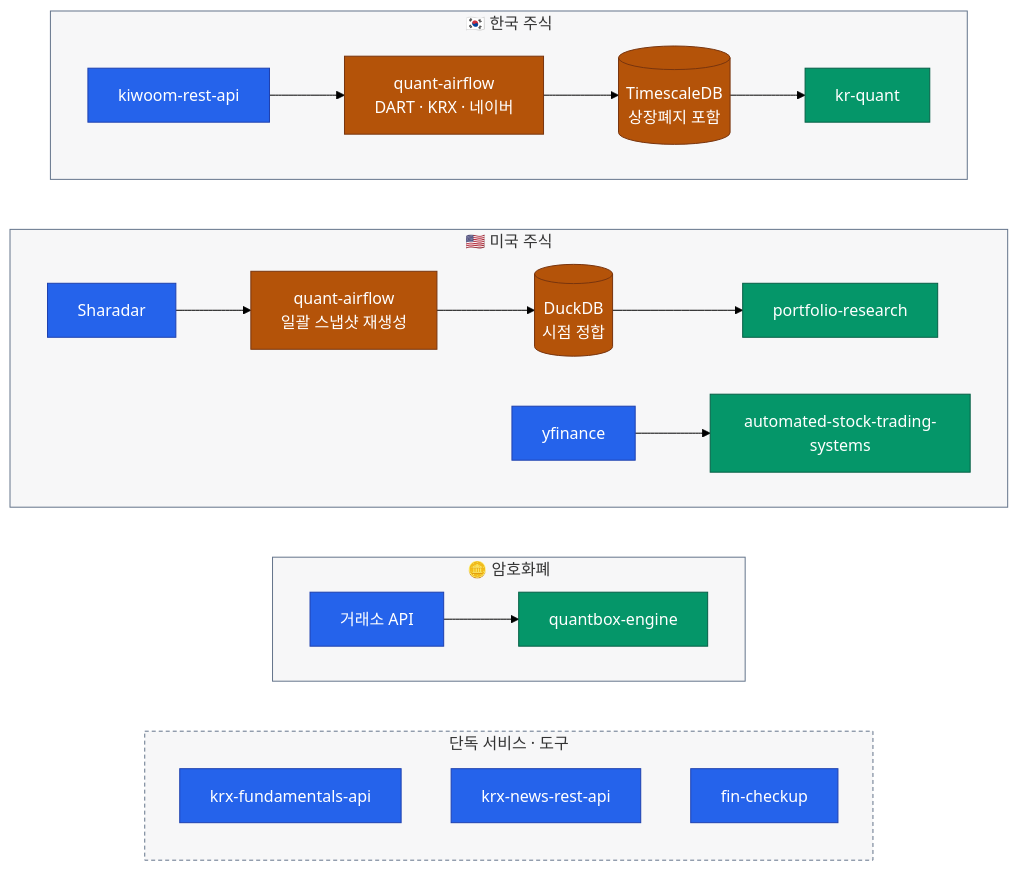
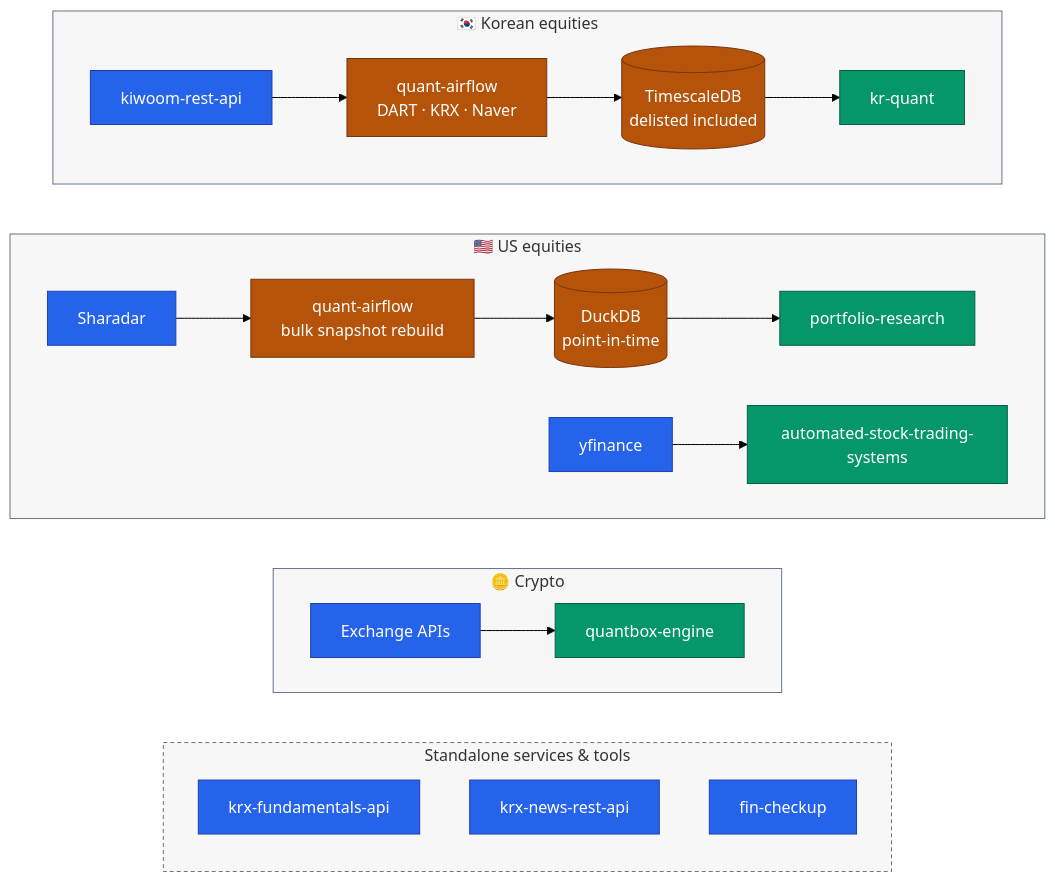
The diagram in README.md (younghwan91/younghwan91), drawn with Mermaid (forest theme) before and after one commit. The commit also changed other lines of this file and 2 other files, not shown here.

````diff
--- a/README.md
+++ b/README.md
@@ -30,41 +21,41 @@
 ```mermaid
 flowchart TB
-    subgraph KR ["🇰🇷 한국 주식"]
+    subgraph KR ["🇰🇷 Korean equities"]
         direction LR
-        K["kiwoom-rest-api"] --> AF["quant-airflow<br/>DART · KRX · 네이버"] --> DB[("TimescaleDB<br/>상장폐지 포함")] --> Q["kr-quant"]
+        K["kiwoom-rest-api"] --> AF["quant-airflow<br/>DART · KRX · Naver"] --> DB[("TimescaleDB<br/>delisted included")] --> Q["kr-quant"]
     end
 
-    subgraph US ["🇺🇸 미국 주식"]
+    subgraph US ["🇺🇸 US equities"]
         direction LR
-        SH["Sharadar"] --> AFU["quant-airflow<br/>일괄 스냅샷 재생성"] --> DD[("DuckDB<br/>시점 정합")] --> O["portfolio-research"]
+        SH["Sharadar"] --> AFU["quant-airflow<br/>bulk snapshot rebuild"] --> DD[("DuckDB<br/>point-in-time")] --> O["portfolio-research"]
         YF["yfinance"] --> AT["automated-stock-trading-systems"]
     end
 
-    subgraph CX ["🪙 암호화폐"]
+    subgraph CX ["🪙 Crypto"]
         direction LR
-        EX["거래소 API"] --> CR["quantbox-engine"]
+        EX["Exchange APIs"] --> CR["quantbox-engine"]
     end
 
-    subgraph SVC ["단독 서비스 · 도구"]
+    subgraph SVC ["Standalone services & tools"]
         direction TB
         F["krx-fundamentals-api"]
         NW["krx-news-rest-api"]
         FC["fin-checkup"]
     end
 
     %% 세로 정렬용 — `~~~` 는 그 자체로 보이지 않는 링크다(linkStyle 불필요).
     KR ~~~ US ~~~ CX ~~~ SVC
 
     classDef source fill:#2563EB,stroke:#1E40AF,color:#FFFFFF
     classDef move   fill:#B45309,stroke:#78350F,color:#FFFFFF
     classDef out    fill:#059669,stroke:#065F46,color:#FFFFFF
 
     class K,SH,YF,EX,F,NW,FC source
     class AF,AFU,DB,DD move
     class Q,O,AT,CR out
 
     style KR  fill:#0F172A08,stroke:#64748B
     style US  fill:#0F172A08,stroke:#64748B
     style CX  fill:#0F172A08,stroke:#64748B
     style SVC fill:#0F172A08,stroke:#64748B,stroke-dasharray:4 3
 ```
````
